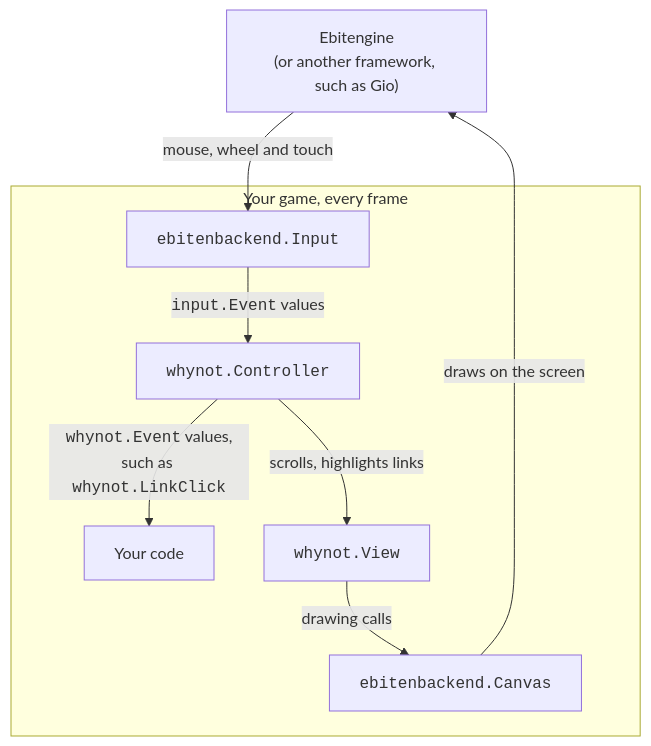
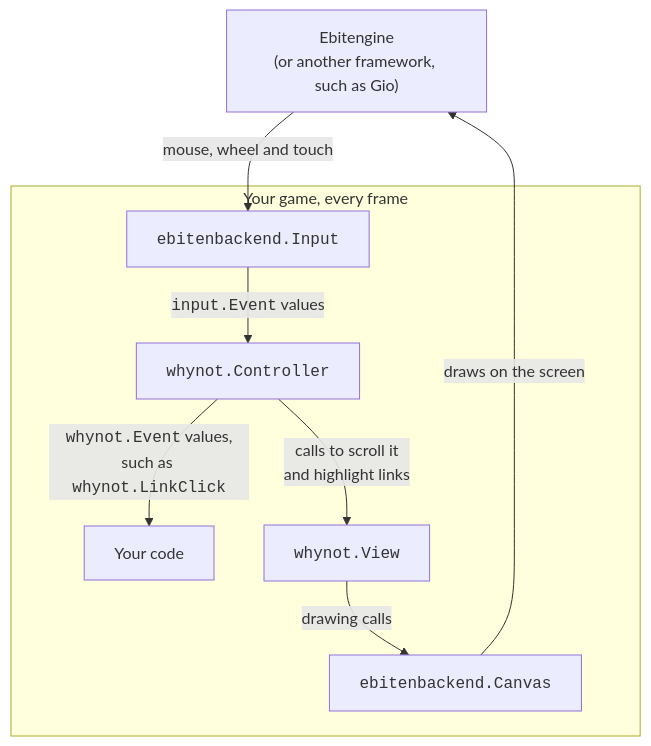
One commit to arnodel/whynot changed the second of 2 diagrams in README.md. Above: the diagram before and after it, drawn with Mermaid.

Commit message:
docs: label the Controller-to-View arrow with what passes along it

````diff
--- a/README.md
+++ b/README.md
@@ -293,17 +293,17 @@
 ```mermaid
 flowchart TB
     fw["Ebitengine<br/>(or another framework, such as Gio)"]
     subgraph program["Your game, every frame"]
         input["<code>ebitenbackend.Input</code>"]
         ctrl["<code>whynot.Controller</code>"]
         yours["Your code"]
         view["<code>whynot.View</code>"]
         canvas["<code>ebitenbackend.Canvas</code>"]
     end
     fw -- "mouse, wheel and touch" --> input
     input -- "<code>input.Event</code> values" --> ctrl
     ctrl -- "<code>whynot.Event</code> values,<br/>such as <code>whynot.LinkClick</code>" --> yours
-    ctrl -- "scrolls, highlights links" --> view
+    ctrl -- "calls to scroll it<br/>and highlight links" --> view
     view -- "drawing calls" --> canvas
     canvas -- "draws on the screen" --> fw
 ```
````
